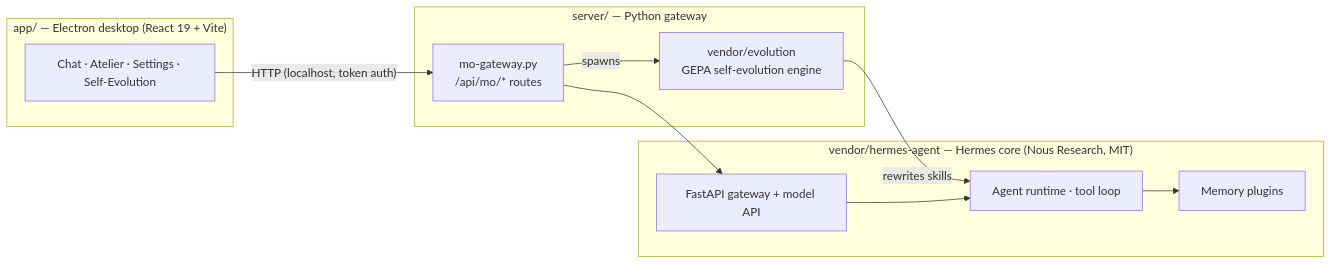
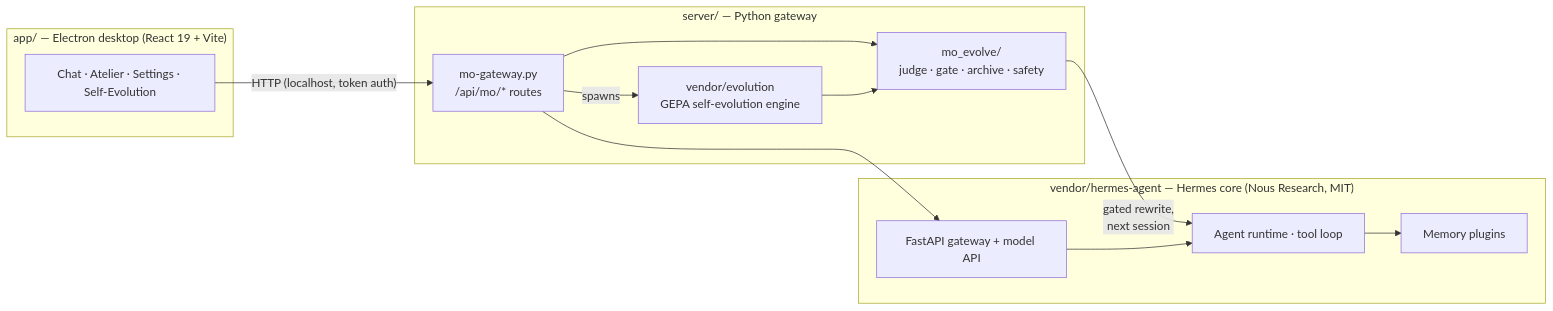
Before and after one commit to dctongsheng/mo-agent: the diagram in README.md, drawn with Mermaid. The commit also changed other lines of this file and 5 other files, not shown here.

````diff
--- a/README.md
+++ b/README.md
@@ -35,22 +35,25 @@
 ```mermaid
 flowchart LR
     subgraph App["app/ — Electron desktop (React 19 + Vite)"]
         UI[Chat · Atelier · Settings · Self-Evolution]
     end
     subgraph Server["server/ — Python gateway"]
         GW["mo-gateway.py<br/>/api/mo/* routes"]
+        MOE["mo_evolve/<br/>judge · gate · archive · safety"]
         EVO["vendor/evolution<br/>GEPA self-evolution engine"]
     end
     subgraph Core["vendor/hermes-agent — Hermes core (Nous Research, MIT)"]
         AG[Agent runtime · tool loop]
         MEM[Memory plugins]
         DASH[FastAPI gateway + model API]
     end
 
     UI -- "HTTP (localhost, token auth)" --> GW
     GW --> DASH
     GW -- "spawns" --> EVO
-    EVO -- "rewrites skills" --> AG
+    GW --> MOE
+    EVO --> MOE
+    MOE -- "gated rewrite,<br/>next session" --> AG
     DASH --> AG
     AG --> MEM
 ```
````
